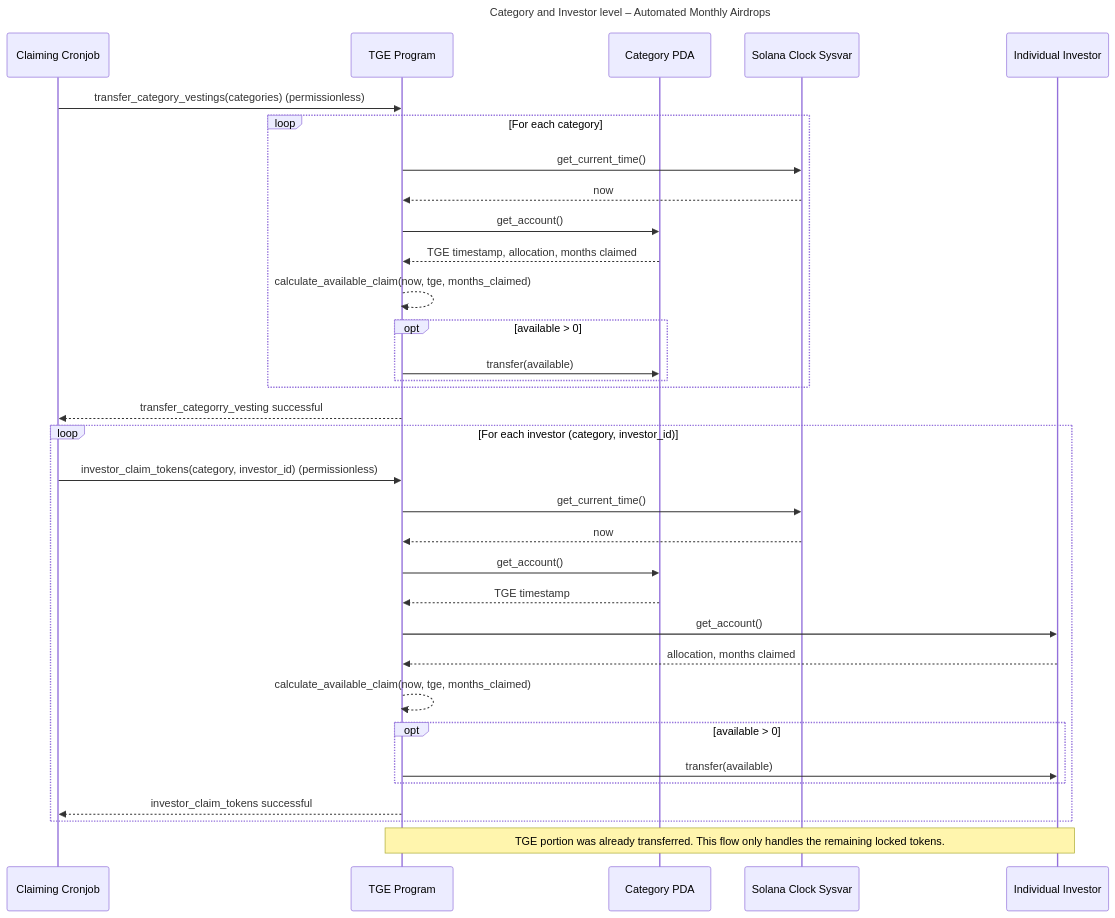
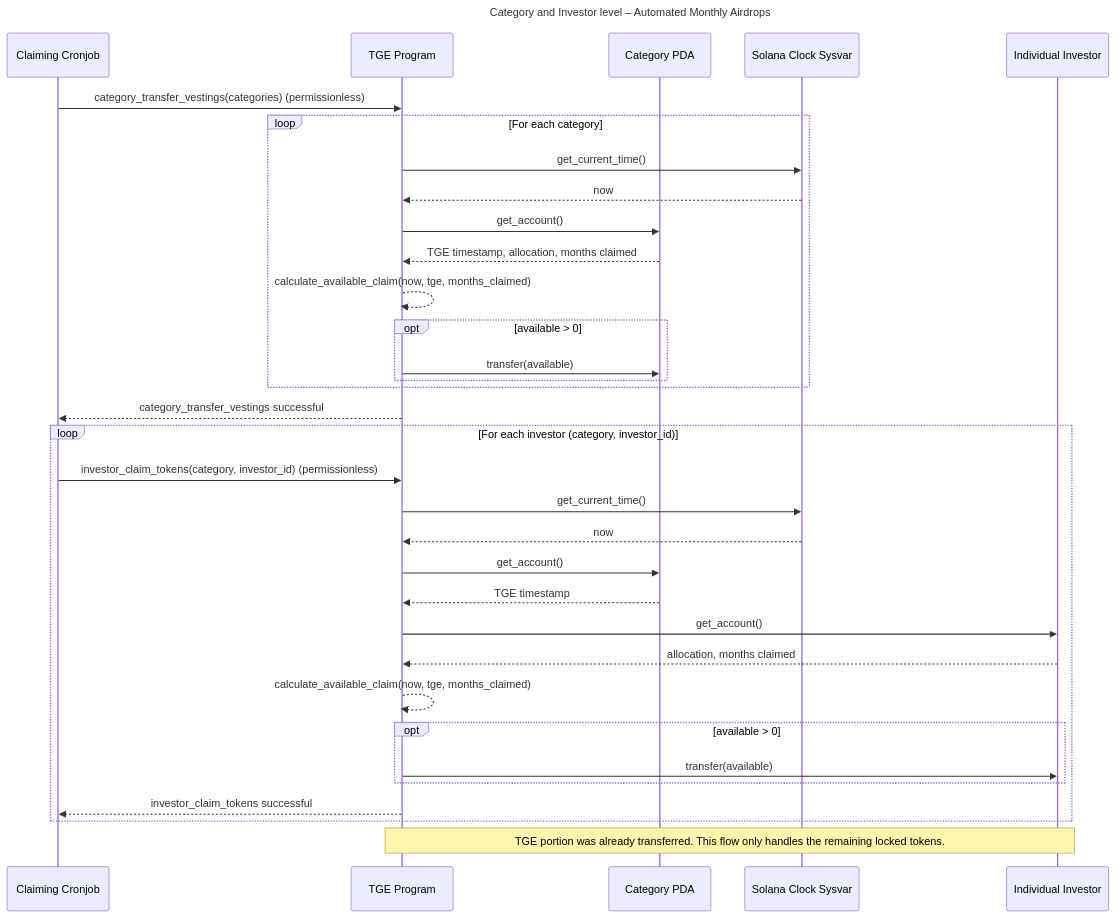
The second of 3 diagrams in README.md (sbarter/blockchain-token-solana-program), drawn with Mermaid before and after one commit. The commit also changed other lines of this file, not shown here.

Commit message:
docs: clarify sequence diagrams

````diff
--- a/README.md
+++ b/README.md
@@ -88,40 +90,40 @@
 ```mermaid
 sequenceDiagram
     title Category and Investor level – Automated Monthly Airdrops
 
     participant Cronjob as Claiming Cronjob
     participant Program as TGE Program
     participant Category as Category PDA
     participant Clock as Solana Clock Sysvar
     participant Investor as Individual Investor
 
-    Cronjob->>Program: transfer_category_vestings(categories) (permissionless)
+    Cronjob->>Program: category_transfer_vestings(categories) (permissionless)
     loop For each category
         Program->>Clock: get_current_time()
         Clock-->>Program: now
         Program->>Category: get_account()
         Category-->>Program: TGE timestamp, allocation, months claimed
         Program-->>Program: calculate_available_claim(now, tge, months_claimed)
         opt available > 0
             Program->>Category: transfer(available)
         end
     end
-    Program-->>Cronjob: transfer_categorry_vesting successful
+    Program-->>Cronjob: category_transfer_vestings successful
 
     loop For each investor (category, investor_id)
         Cronjob->>Program: investor_claim_tokens(category, investor_id) (permissionless)
         Program->>Clock: get_current_time()
         Clock-->>Program: now
         Program->>Category: get_account()
         Category-->>Program: TGE timestamp
         Program->>Investor: get_account()
         Investor-->>Program: allocation, months claimed
         Program-->>Program: calculate_available_claim(now, tge, months_claimed)
         opt available > 0
             Program->>Investor: transfer(available)
         end
         Program-->>Cronjob: investor_claim_tokens successful
     end
 
     Note over Program,Investor: TGE portion was already transferred. This flow only handles the remaining locked tokens.
 ```
````
